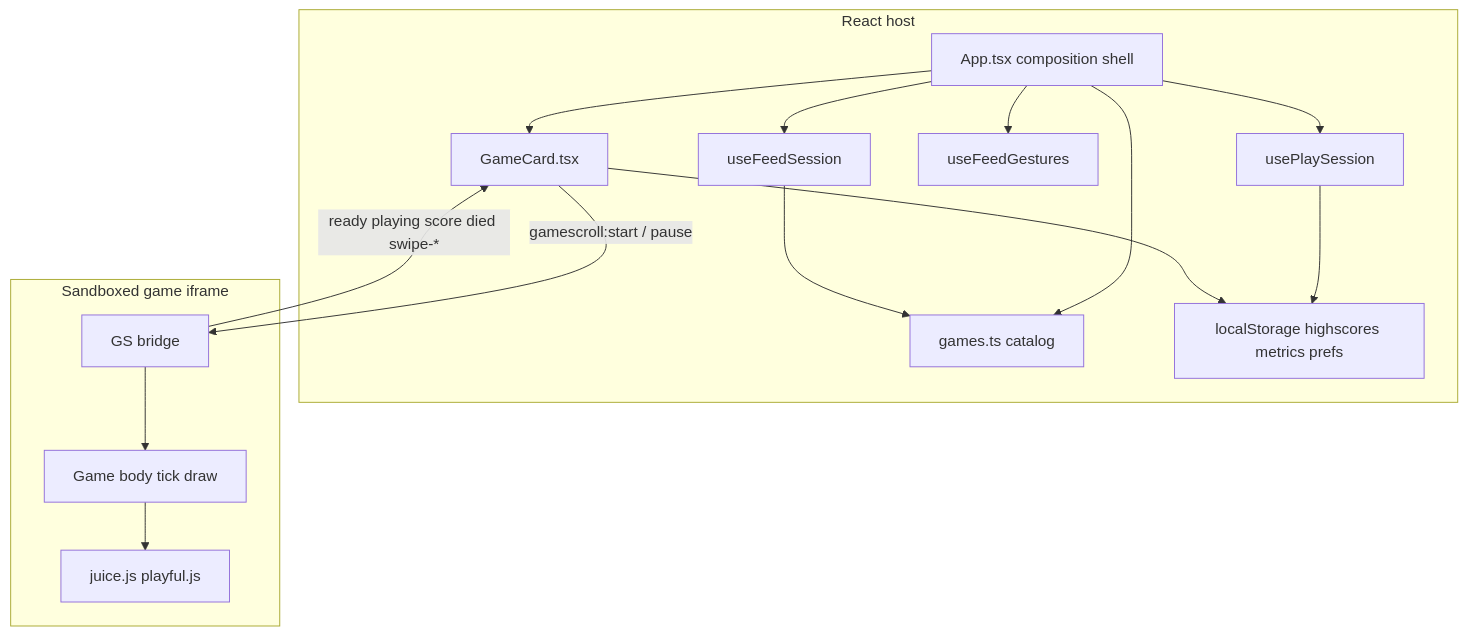
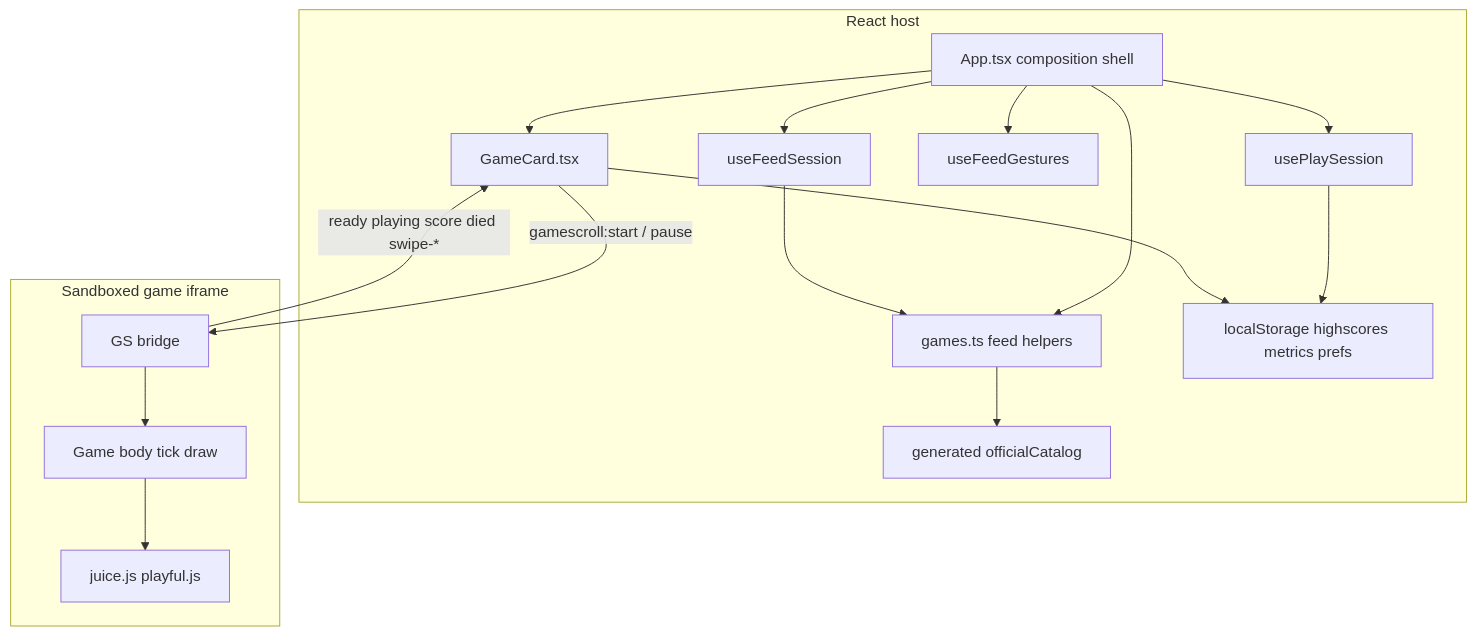
One commit to dasali-jenario/gamescroll changed the diagram in docs/WEBAPP.md. Above: the diagram before and after it, drawn with Mermaid. The commit also changed other lines of this file and 34 other files, not shown here.

First line of the commit message:
Emit official catalog metadata from the game generator.

````diff
--- a/docs/WEBAPP.md
+++ b/docs/WEBAPP.md
@@ -45,31 +45,33 @@
 ```mermaid
 flowchart TB
   subgraph host [React host]
     App[App.tsx composition shell]
     Feed[useFeedSession]
     Play[usePlaySession]
     Gestures[useFeedGestures]
     Card[GameCard.tsx]
-    Catalog[games.ts catalog]
+    Catalog[generated officialCatalog]
+    GamesMod[games.ts feed helpers]
     Store[localStorage highscores metrics prefs]
     App --> Feed
     App --> Play
     App --> Gestures
     App --> Card
-    App --> Catalog
-    Feed --> Catalog
+    App --> GamesMod
+    GamesMod --> Catalog
+    Feed --> GamesMod
     Play --> Store
     Card --> Store
   end
 
   subgraph iframe [Sandboxed game iframe]
     Bridge[GS bridge]
     Body[Game body tick draw]
     Juice[juice.js playful.js]
     Bridge --> Body
     Body --> Juice
   end
 
   Card -->|"gamescroll:start / pause"| Bridge
   Bridge -->|"ready playing score died swipe-*"| Card
 ```
````
